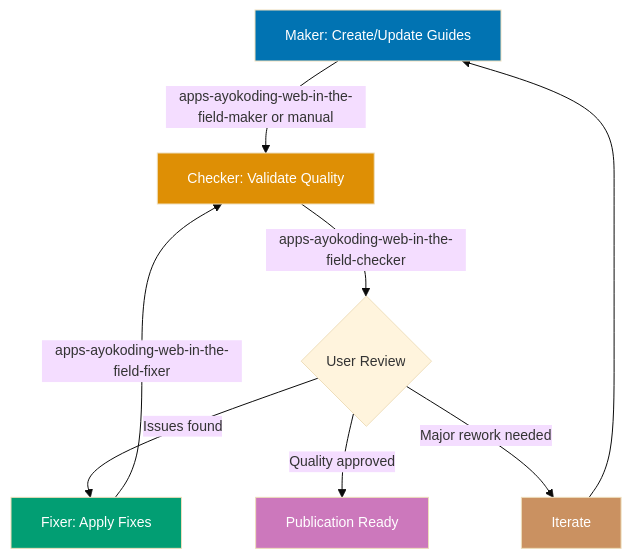
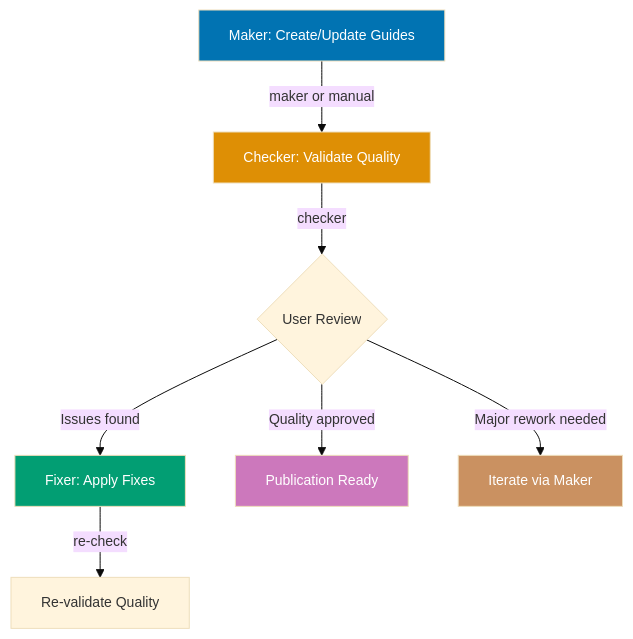
One commit to wahidyankf/open-sharia-enterprise changed the first of 2 diagrams in governance/workflows/ayokoding-web/ayokoding-web-in-the-field-quality-gate.md. Above: the diagram before and after it, drawn with Mermaid. The commit also changed 15 other files, not shown here.

First line of the commit message:
fix(governance): fix pre-existing mermaid diagram violations in governance docs

````diff
--- a/governance/workflows/ayokoding-web/ayokoding-web-in-the-field-quality-gate.md
+++ b/governance/workflows/ayokoding-web/ayokoding-web-in-the-field-quality-gate.md
@@ -118,24 +118,16 @@
 ```mermaid
 %%{init: {'theme':'base', 'themeVariables': { 'fontSize':'14px'}}}%%
 graph TB
-    A[Maker: Create/Update Guides]
-    B[Checker: Validate Quality]
-    C{User Review}
-    D[Fixer: Apply Fixes]
-    E[Publication Ready]
-    F[Iterate]
-
-    A -->|apps-ayokoding-web-in-the-field-maker or manual| B
-    B -->|apps-ayokoding-web-in-the-field-checker| C
-    C -->|Issues found| D
-    D -->|apps-ayokoding-web-in-the-field-fixer| B
-    C -->|Quality approved| E
-    C -->|Major rework needed| F
-    F --> A
+    A[Maker: Create/Update Guides] -- maker or manual --> B[Checker: Validate Quality]
+    B -- checker --> C{User Review}
+    C -- Issues found --> D[Fixer: Apply Fixes]
+    D -- re-check --> E[Re-validate Quality]
+    C -- Quality approved --> F[Publication Ready]
+    C -- Major rework needed --> G[Iterate via Maker]
 
     style A fill:#0173B2,color:#fff
     style B fill:#DE8F05,color:#fff
     style D fill:#029E73,color:#fff
-    style E fill:#CC78BC,color:#fff
-    style F fill:#CA9161,color:#fff
+    style F fill:#CC78BC,color:#fff
+    style G fill:#CA9161,color:#fff
 ```
````
